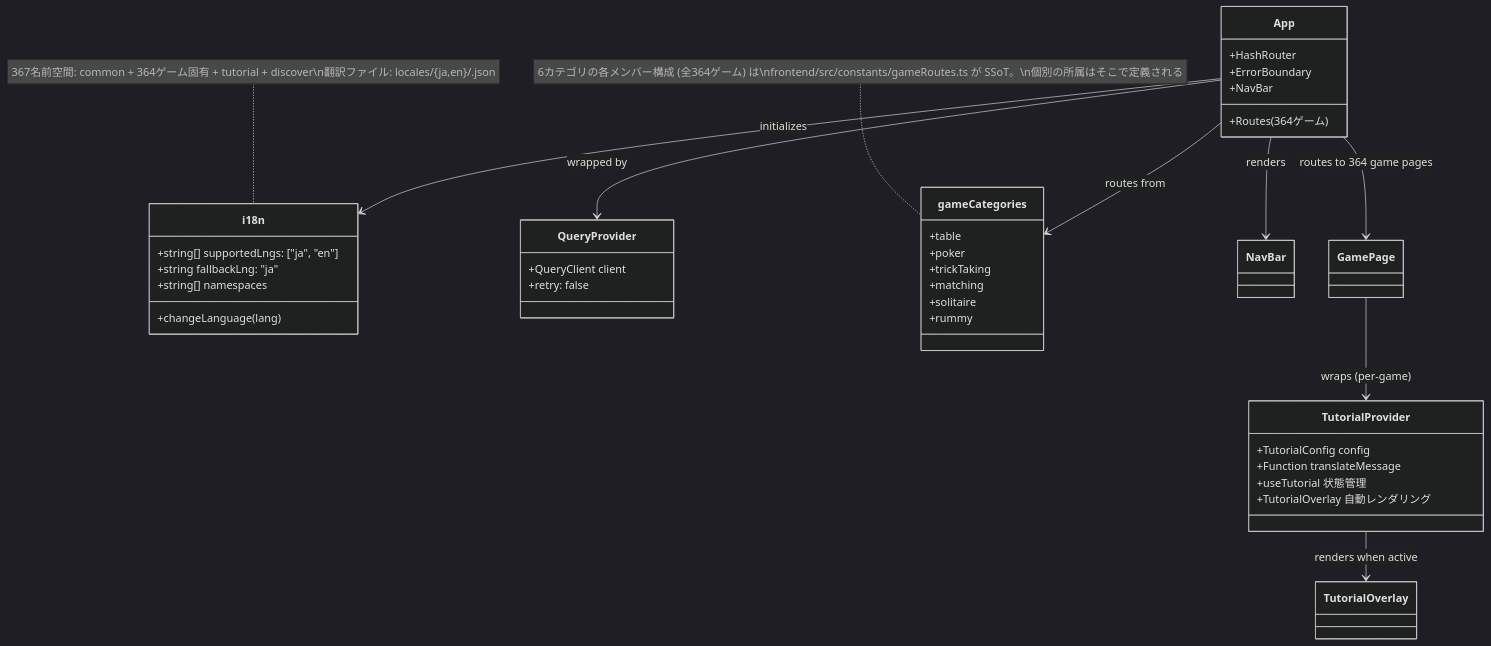
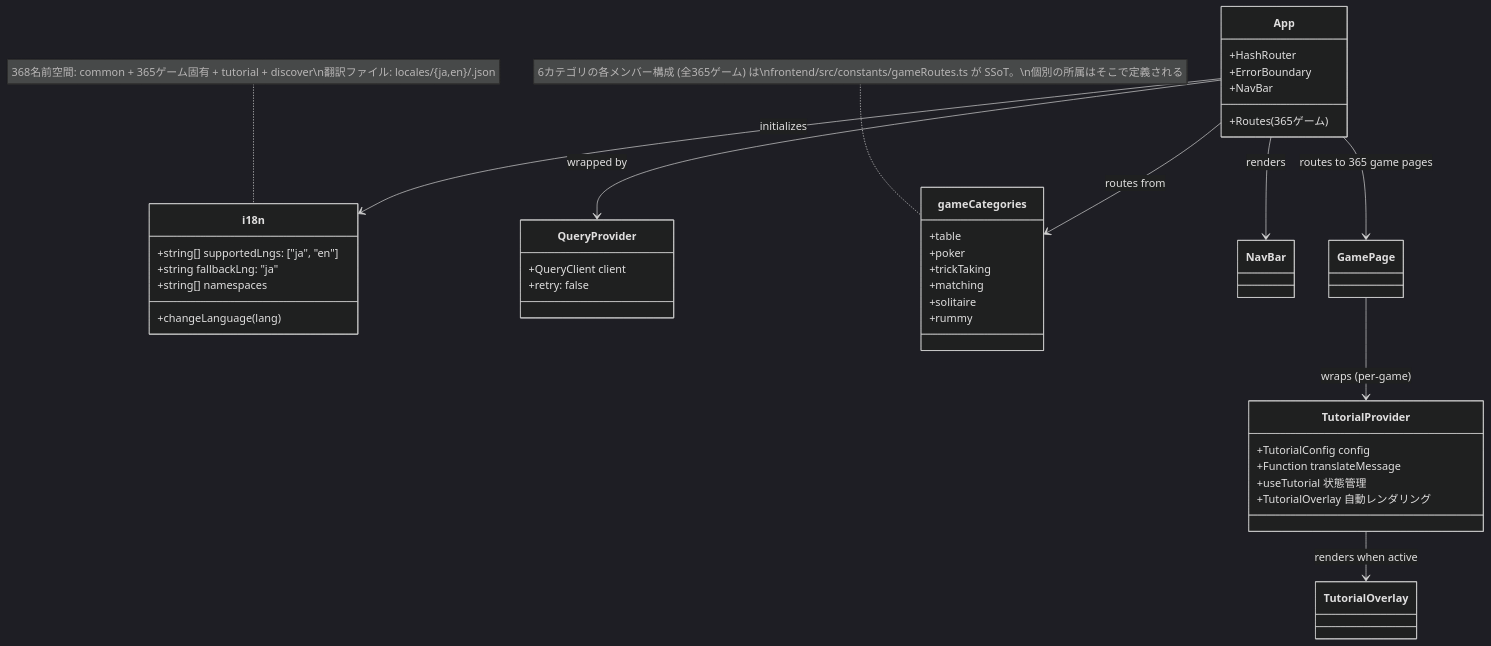
The ninth of 49 diagrams in docs/design/frontend.md (yuta-yoshinaga/go_trumpcards), drawn with Mermaid (dark theme) before and after one commit. The commit also changed other lines of this file and 62 other files, not shown here.

````diff
--- a/docs/design/frontend.md
+++ b/docs/design/frontend.md
@@ -1874,48 +1874,48 @@
 ```mermaid
 classDiagram
     class i18n {
         +string[] supportedLngs: ["ja", "en"]
         +string fallbackLng: "ja"
         +string[] namespaces
         +changeLanguage(lang)
     }
 
     class QueryProvider {
         +QueryClient client
         +retry: false
     }
 
     class App {
         +HashRouter
         +ErrorBoundary
         +NavBar
-        +Routes (364ゲーム)
+        +Routes (365ゲーム)
     }
 
     class gameCategories {
         +table
         +poker
         +trickTaking
         +matching
         +solitaire
         +rummy
     }
-    note for gameCategories "6カテゴリの各メンバー構成 (全364ゲーム) は\nfrontend/src/constants/gameRoutes.ts が SSoT。\n個別の所属はそこで定義される"
+    note for gameCategories "6カテゴリの各メンバー構成 (全365ゲーム) は\nfrontend/src/constants/gameRoutes.ts が SSoT。\n個別の所属はそこで定義される"
 
     class TutorialProvider {
         +TutorialConfig config
         +Function translateMessage
         +useTutorial 状態管理
         +TutorialOverlay 自動レンダリング
     }
 
     App --> QueryProvider : wrapped by
     App --> i18n : initializes
     App --> gameCategories : routes from
     App --> NavBar : renders
-    App --> GamePage : routes to 364 game pages
+    App --> GamePage : routes to 365 game pages
     GamePage --> TutorialProvider : wraps (per-game)
     TutorialProvider --> TutorialOverlay : renders when active
 
-    note for i18n "367名前空間: common + 364ゲーム固有 + tutorial + discover\n翻訳ファイル: locales/{ja,en}/<game>.json"
+    note for i18n "368名前空間: common + 365ゲーム固有 + tutorial + discover\n翻訳ファイル: locales/{ja,en}/<game>.json"
 ```
````
